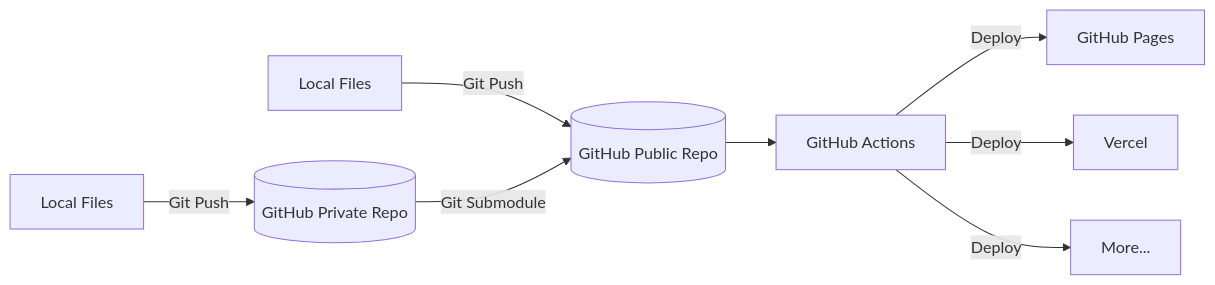
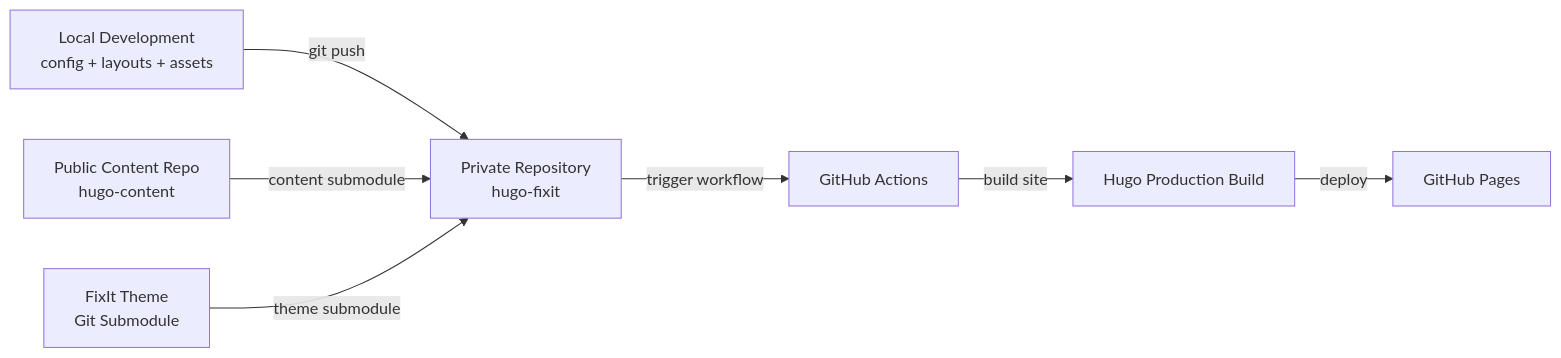
The first of 3 diagrams in posts/githubs/github.md (pullsec/hugo-content), drawn with Mermaid before and after one commit. The commit also changed other lines of this file, not shown here.

Commit message:
refactor(post): align github workflow article with real infra - replace outdated architecture - document hugo + submodule workflow - simplify CI/CD explanation

````diff
--- a/posts/githubs/github.md
+++ b/posts/githubs/github.md
@@ -39,24 +56,17 @@
 ```mermaid
 flowchart LR
-    L[Local Files]
-    L2[Local Files]
+    A[Local Development<br/>config + layouts + assets]
+    B[Private Repository<br/>hugo-fixit]
+    C[Public Content Repo<br/>hugo-content]
+    D[FixIt Theme<br/>Git Submodule]
+    E[GitHub Actions]
+    F[Hugo Production Build]
+    G[GitHub Pages]
 
-    GH_Private[(GitHub Private Repo)]
-    GH_Public[(GitHub Public Repo)]
-
-    Actions[GitHub Actions]
-
-    GH_Pages[GitHub Pages]
-    Vercel[Vercel]
-    More[More...]
-
-    L -->|Git Push| GH_Private
-    L2 -->|Git Push| GH_Public
-
-    GH_Private -->|Git Submodule| GH_Public
-    GH_Public --> Actions
-
-    Actions -->|Deploy| GH_Pages
-    Actions -->|Deploy| Vercel
-    Actions -->|Deploy| More
+    A -->|git push| B
+    C -->|content submodule| B
+    D -->|theme submodule| B
+    B -->|trigger workflow| E
+    E -->|build site| F
+    F -->|deploy| G
 ```
````
